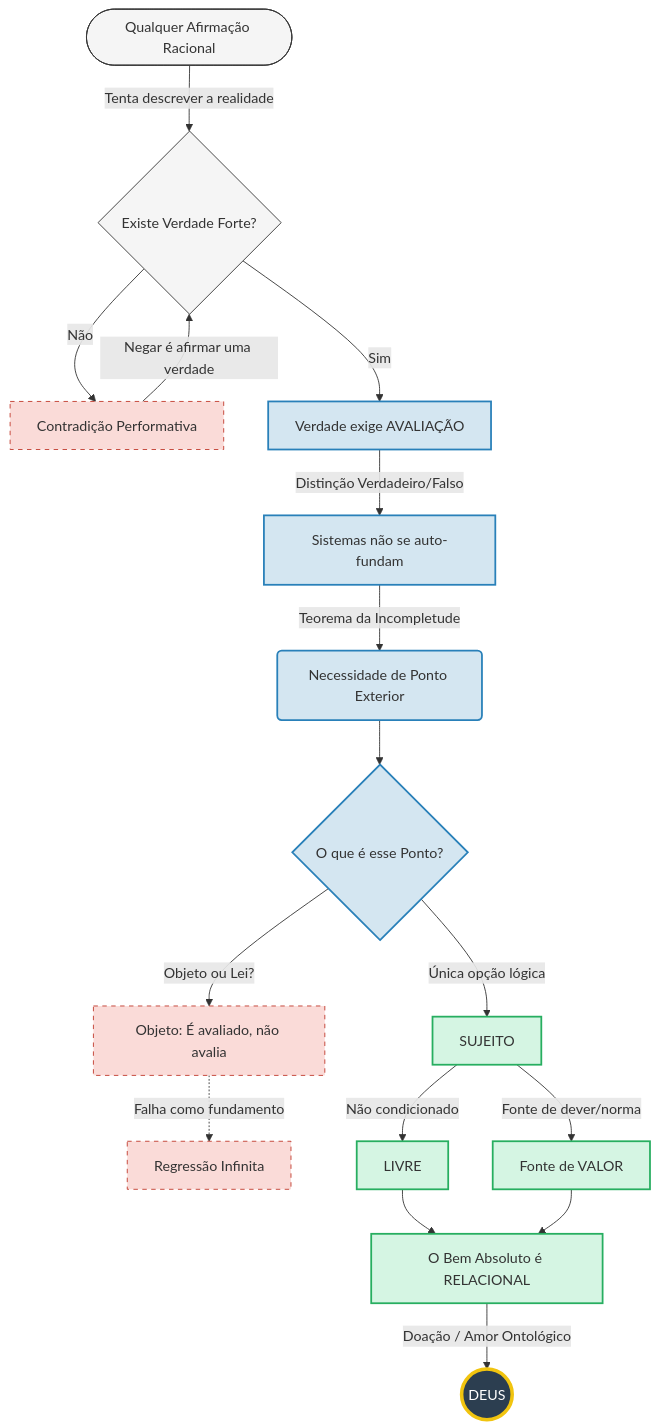
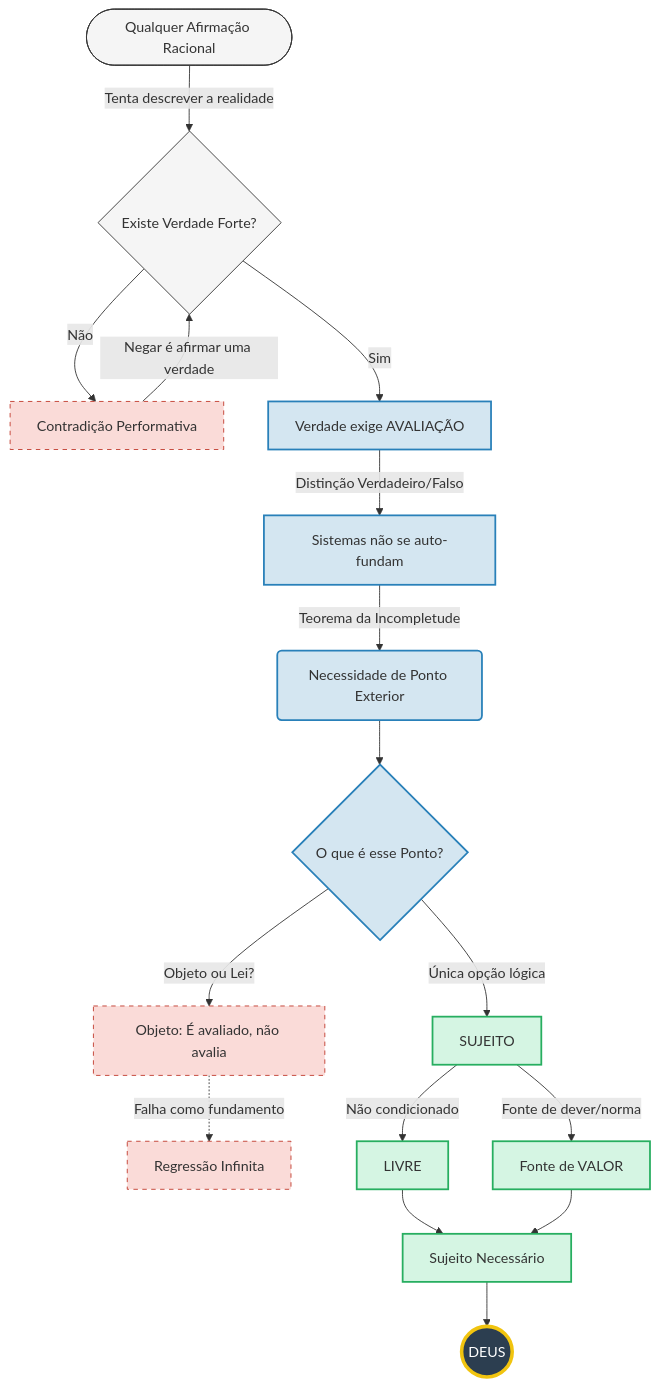
Before and after one commit to tty-pt/logos: the diagram in README.md, drawn with Mermaid. The commit also changed other lines of this file, not shown here.

Commit message:
Refinements: improve structure, define Verdade Forte, consolidate 21 characteristics to 7 principles, expand Sujeito-Deus transition

````diff
--- a/README.md
+++ b/README.md
@@ -250,42 +276,42 @@
 ```mermaid
 graph TD
     %% Definição de Estilos para clareza visual
     classDef base fill:#f5f5f5,stroke:#333,stroke-width:1px;
     classDef logic fill:#d4e6f1,stroke:#2980b9,stroke-width:2px;
     classDef ontology fill:#d5f5e3,stroke:#27ae60,stroke-width:2px;
     classDef final fill:#2c3e50,stroke:#f1c40f,stroke-width:4px,color:#fff;
     classDef fail fill:#fadbd8,stroke:#c0392b,stroke-dasharray: 5 5;
 
     %% O Início
     Start([Qualquer Afirmação Racional]) -->|Tenta descrever a realidade| A{Existe Verdade Forte?}
     
     %% Passo 1: A Armadilha da Negação
     A -- "Não" --> B[Contradição Performativa]
     B -->|Negar é afirmar uma verdade| A
     
     %% Passo 2 e 3: A Lógica
     A -- "Sim" --> C[Verdade exige AVALIAÇÃO]
     C -->|Distinção Verdadeiro/Falso| D[Sistemas não se auto-fundam]
     D -->|Teorema da Incompletude| E(Necessidade de Ponto Exterior)
 
     %% Passo 4: A Natureza do Fundamento
     E --> F{O que é esse Ponto?}
     F -- "Objeto ou Lei?" --> G[Objeto: É avaliado, não avalia]
     G -.->|Falha como fundamento| H[Regressão Infinita]
     
     F -- "Única opção lógica" --> I[SUJEITO]
     
     %% Passo 5, 6 e 7: Os Atributos Divinos
     I -->|Não condicionado| J[LIVRE]
     I -->|Fonte de dever/norma| K[Fonte de VALOR]
     
-    J & K --> L[O Bem Absoluto é RELACIONAL]
-    L -->|Doação / Amor Ontológico| M((DEUS))
+    J & K --> L[Sujeito Necessário]
+    L --> M((DEUS))
 
     %% Aplicação dos Estilos
     class Start,A base;
     class C,D,E,F logic;
     class I,J,K,L ontology;
     class M final;
     class B,G,H fail;
 ```
````
